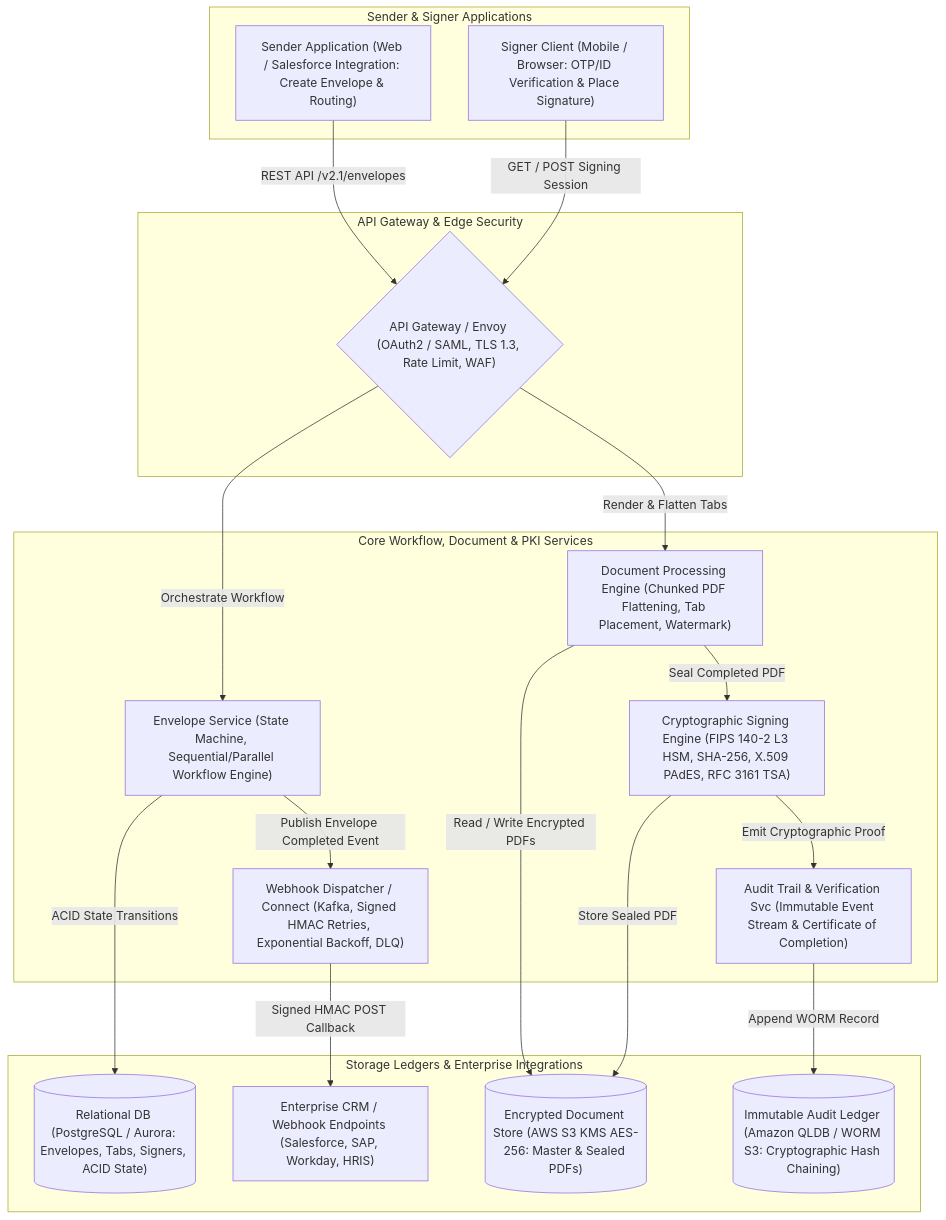
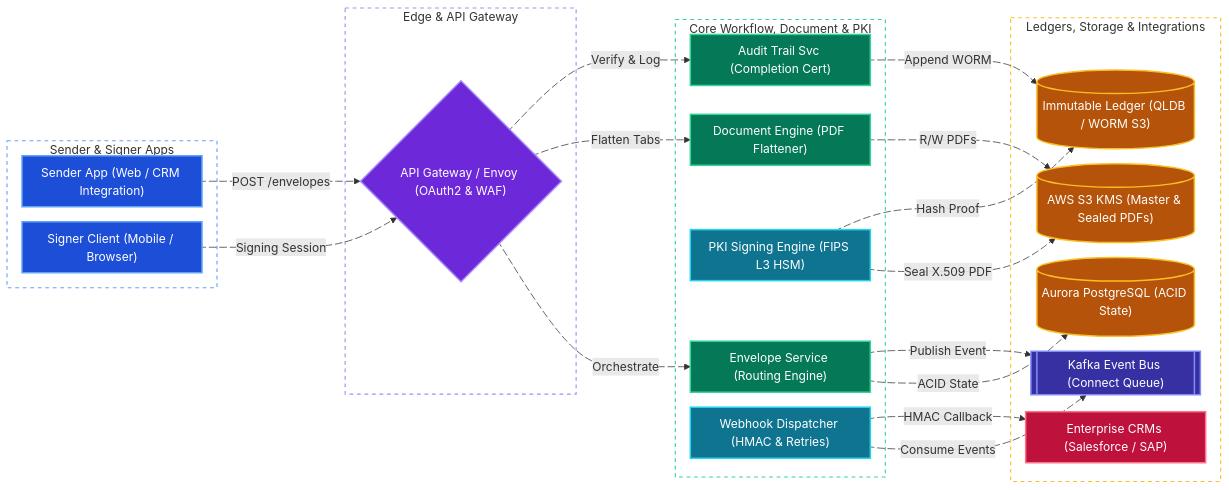
Before and after one commit to tarunbatta/tech-interview-prep: the fourth of 4 diagrams in system-design/docusign.md, drawn with Mermaid. The commit also changed other lines of this file and 30 other files, not shown here.

First line of the commit message:
docs(system-design): convert Mermaid flowcharts to LR with colors and animated edges

````diff
--- a/system-design/docusign.md
+++ b/system-design/docusign.md
@@ -279,35 +309,73 @@
 ```mermaid
-flowchart TD
-    subgraph ClientApps["Sender & Signer Applications"]
-        Sender["Sender Application (Web / Salesforce Integration: Create Envelope & Routing)"]
-        Signer["Signer Client (Mobile / Browser: OTP/ID Verification & Place Signature)"]
+%%{init: {'flowchart': {'nodeSpacing': 20, 'rankSpacing': 40, 'padding': 10}}}%%
+flowchart LR
+    subgraph ClientApps["Sender & Signer Apps"]
+        Sender["Sender App (Web / CRM Integration)"]
+        Signer["Signer Client (Mobile / Browser)"]
     end
-    subgraph GatewayTier["API Gateway & Edge Security"]
-        GW{"API Gateway / Envoy (OAuth2 / SAML, TLS 1.3, Rate Limit, WAF)"}
+    subgraph GatewayTier["Edge & API Gateway"]
+        GW{"API Gateway / Envoy (OAuth2 & WAF)"}
     end
-    subgraph CoreServices["Core Workflow, Document & PKI Services"]
-        EnvSvc["Envelope Service (State Machine, Sequential/Parallel Workflow Engine)"]
-        DocEngine["Document Processing Engine (Chunked PDF Flattening, Tab Placement, Watermark)"]
-        PKIEngine["Cryptographic Signing Engine (FIPS 140-2 L3 HSM, SHA-256, X.509 PAdES, RFC 3161 TSA)"]
-        AuditSvc["Audit Trail & Verification Svc (Immutable Event Stream & Certificate of Completion)"]
-        WebhookSvc["Webhook Dispatcher / Connect (Kafka, Signed HMAC Retries, Exponential Backoff, DLQ)"]
+    subgraph CoreServices["Core Workflow, Document & PKI"]
+        EnvSvc["Envelope Service (Routing Engine)"]
+        DocEngine["Document Engine (PDF Flattener)"]
+        PKIEngine["PKI Signing Engine (FIPS L3 HSM)"]
+        AuditSvc["Audit Trail Svc (Completion Cert)"]
+        WebhookSvc["Webhook Dispatcher (HMAC & Retries)"]
     end
-    subgraph StorageAndExternal["Storage Ledgers & Enterprise Integrations"]
-        AuroraDB[("Relational DB (PostgreSQL / Aurora: Envelopes, Tabs, Signers, ACID State)")]
-        S3Store[("Encrypted Document Store (AWS S3 KMS AES-256: Master & Sealed PDFs)")]
-        AuditStore[("Immutable Audit Ledger (Amazon QLDB / WORM S3: Cryptographic Hash Chaining)")]
-        ExtCRM["Enterprise CRM / Webhook Endpoints (Salesforce, SAP, Workday, HRIS)"]
+    subgraph StorageAndExternal["Ledgers, Storage & Integrations"]
+        AuroraDB[("Aurora PostgreSQL (ACID State)")]
+        S3Store[("AWS S3 KMS (Master & Sealed PDFs)")]
+        AuditStore[("Immutable Ledger (QLDB / WORM S3)")]
+        Kafka[["Kafka Event Bus (Connect Queue)"]]
+        ExtCRM["Enterprise CRMs (Salesforce / SAP)"]
     end
-    Sender -->|"REST API /v2.1/envelopes"| GW
-    Signer -->|"GET / POST Signing Session"| GW
-    GW -->|"Orchestrate Workflow"| EnvSvc
-    GW -->|"Render & Flatten Tabs"| DocEngine
-    EnvSvc -->|"ACID State Transitions"| AuroraDB
-    DocEngine -->|"Read / Write Encrypted PDFs"| S3Store
-    DocEngine -->|"Seal Completed PDF"| PKIEngine
-    PKIEngine -->|"Store Sealed PDF"| S3Store
-    PKIEngine -->|"Emit Cryptographic Proof"| AuditSvc
-    AuditSvc -->|"Append WORM Record"| AuditStore
-    EnvSvc -->|"Publish Envelope Completed Event"| WebhookSvc
-    WebhookSvc -->|"Signed HMAC POST Callback"| ExtCRM
+    Sender e1@-->|"POST /envelopes"| GW
+    Signer e2@-->|"Signing Session"| GW
+    GW e3@-->|"Orchestrate"| EnvSvc
+    GW e4@-->|"Flatten Tabs"| DocEngine
+    GW e5@-->|"Verify & Log"| AuditSvc
+    EnvSvc e6@-->|"ACID State"| AuroraDB
+    EnvSvc e7@-->|"Publish Event"| Kafka
+    DocEngine e8@-->|"R/W PDFs"| S3Store
+    PKIEngine e9@-->|"Seal X.509 PDF"| S3Store
+    PKIEngine e10@-->|"Hash Proof"| AuditStore
+    AuditSvc e11@-->|"Append WORM"| AuditStore
+    WebhookSvc e12@-->|"Consume Events"| Kafka
+    WebhookSvc e13@-->|"HMAC Callback"| ExtCRM
+
+    e1@{ animate: true }
+    e2@{ animate: true }
+    e3@{ animate: true }
+    e4@{ animate: true }
+    e5@{ animate: true }
+    e6@{ animate: true }
+    e7@{ animate: true }
+    e8@{ animate: true }
+    e9@{ animate: true }
+    e10@{ animate: true }
+    e11@{ animate: true }
+    e12@{ animate: true }
+    e13@{ animate: true }
+
+    classDef client fill:#1d4ed8,stroke:#60a5fa,stroke-width:2px,color:#ffffff
+    classDef edge fill:#6d28d9,stroke:#a78bfa,stroke-width:2px,color:#ffffff
+    classDef service fill:#047857,stroke:#34d399,stroke-width:2px,color:#ffffff
+    classDef worker fill:#0e7490,stroke:#22d3ee,stroke-width:2px,color:#ffffff
+    classDef cache fill:#be123c,stroke:#fb7185,stroke-width:2px,color:#ffffff
+    classDef storage fill:#b45309,stroke:#fbbf24,stroke-width:2px,color:#ffffff
+    classDef queue fill:#3730a3,stroke:#818cf8,stroke-width:2px,color:#ffffff
+
+    class Sender,Signer client
+    class GW edge
+    class EnvSvc,DocEngine,AuditSvc service
+    class PKIEngine,WebhookSvc worker
+    class ExtCRM cache
+    class AuroraDB,S3Store,AuditStore storage
+    class Kafka queue
+
+    style ClientApps fill:transparent,stroke:#60a5fa,stroke-width:1.5px,stroke-dasharray: 5 5
+    style GatewayTier fill:transparent,stroke:#a78bfa,stroke-width:1.5px,stroke-dasharray: 5 5
+    style CoreServices fill:transparent,stroke:#34d399,stroke-width:1.5px,stroke-dasharray: 5 5
+    style StorageAndExternal fill:transparent,stroke:#fbbf24,stroke-width:1.5px,stroke-dasharray: 5 5
 ```
````
